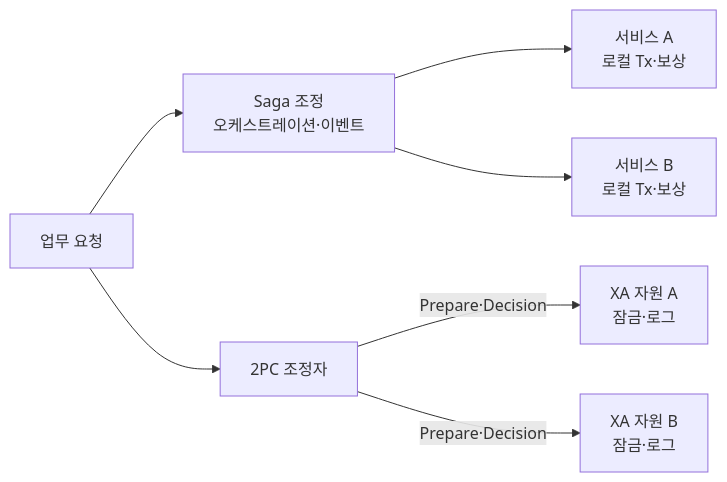
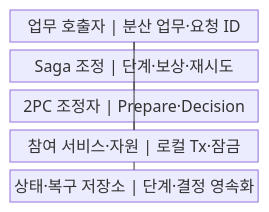
The first of 2 diagrams in src/content/docs/notes/03-software/179_saga_vs_2pc.md (agnusdei1207/knowledge-base), drawn with Mermaid before and after one commit. The commit also changed other lines of this file and 20 other files, not shown here.

````diff
--- a/src/content/docs/notes/03-software/179_saga_vs_2pc.md
+++ b/src/content/docs/notes/03-software/179_saga_vs_2pc.md
@@ -60,9 +55,14 @@
 ```mermaid
-flowchart LR
-    C["업무 요청"] --> S["Saga 조정<br/>오케스트레이션·이벤트"]
-    S --> L1["서비스 A<br/>로컬 Tx·보상"]
-    S --> L2["서비스 B<br/>로컬 Tx·보상"]
-    C --> T["2PC 조정자"]
-    T -->|"Prepare·Decision"| X1["XA 자원 A<br/>잠금·로그"]
-    T -->|"Prepare·Decision"| X2["XA 자원 B<br/>잠금·로그"]
+block
+    columns 1
+    A["업무 호출자 | 분산 업무·요청 ID"]
+    B["Saga 조정 | 단계·보상·재시도"]
+    C["2PC 조정자 | Prepare·Decision"]
+    D["참여 서비스·자원 | 로컬 Tx·잠금"]
+    E["상태·복구 저장소 | 단계·결정 영속화"]
+    A --- B
+    A --- C
+    B --- D
+    C --- D
+    D --- E
 ```
````
